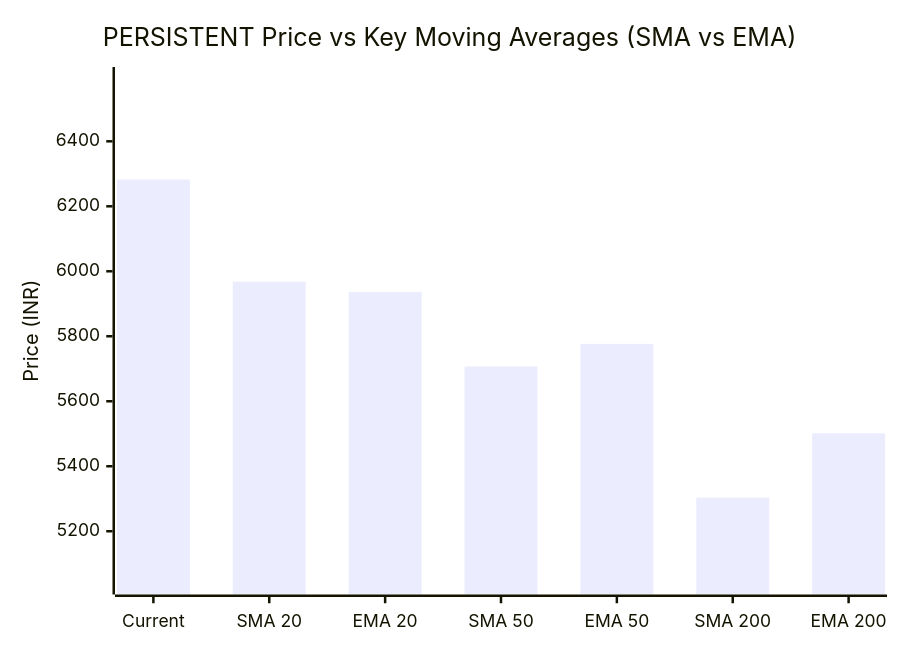
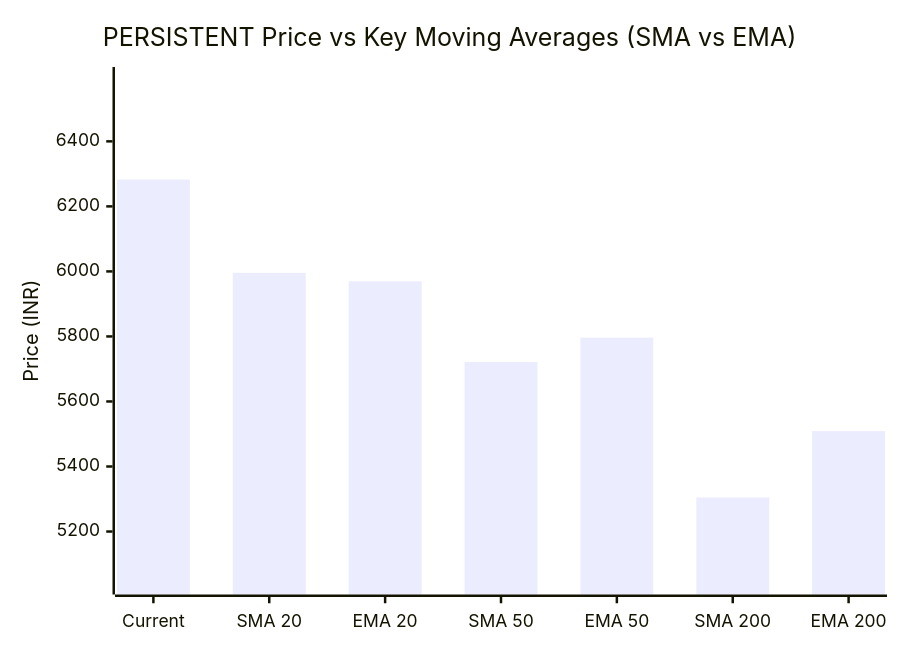
One commit to purnareddy9/dev changed the third of 3 diagrams in market-intelligence/stocks/PERSISTENT/latest.md. Above: the diagram before and after it, drawn with Mermaid. The commit also changed other lines of this file and 3 other files, not shown here.

````diff
--- a/market-intelligence/stocks/PERSISTENT/latest.md
+++ b/market-intelligence/stocks/PERSISTENT/latest.md
@@ -104,7 +104,7 @@
 ```mermaid
 xychart-beta
     title "PERSISTENT Price vs Key Moving Averages (SMA vs EMA)"
     x-axis ["Current", "SMA 20", "EMA 20", "SMA 50", "EMA 50", "SMA 200", "EMA 200"]
-    y-axis "Price (INR)" 5038 --> 6596
-    bar [6282.5, 5967.95, 5936.66, 5706.99, 5776.58, 5303.6, 5501.12]
+    y-axis "Price (INR)" 5039 --> 6596
+    bar [6282.5, 5995.7, 5969.6, 5721.44, 5796.42, 5304.66, 5508.89]
 ```
````
